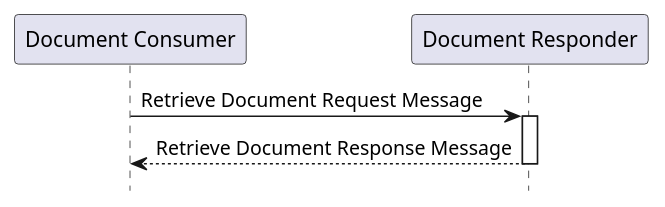
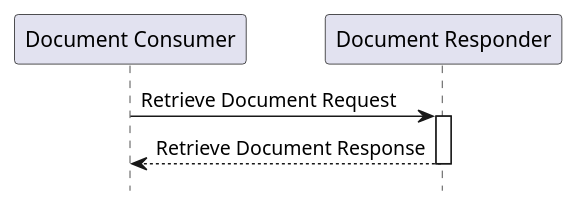
The diagram in _src/iti68.plantuml (ohr/minimal-mistakes), drawn with PlantUML before and after one commit. The commit also changed 61 other files, not shown here.

```diff
--- a/_src/iti68.plantuml
+++ b/_src/iti68.plantuml
@@ -1,13 +1,13 @@
 @startuml
 hide footbox
 
 participant "Document Consumer" as C
 participant "Document Responder" as R
 
-C -> R : Retrieve Document Request Message
+C -> R : Retrieve Document Request
 activate R
-R --> C : Retrieve Document Response Message
+R --> C : Retrieve Document Response
 deactivate R
 
 
 @enduml
```
